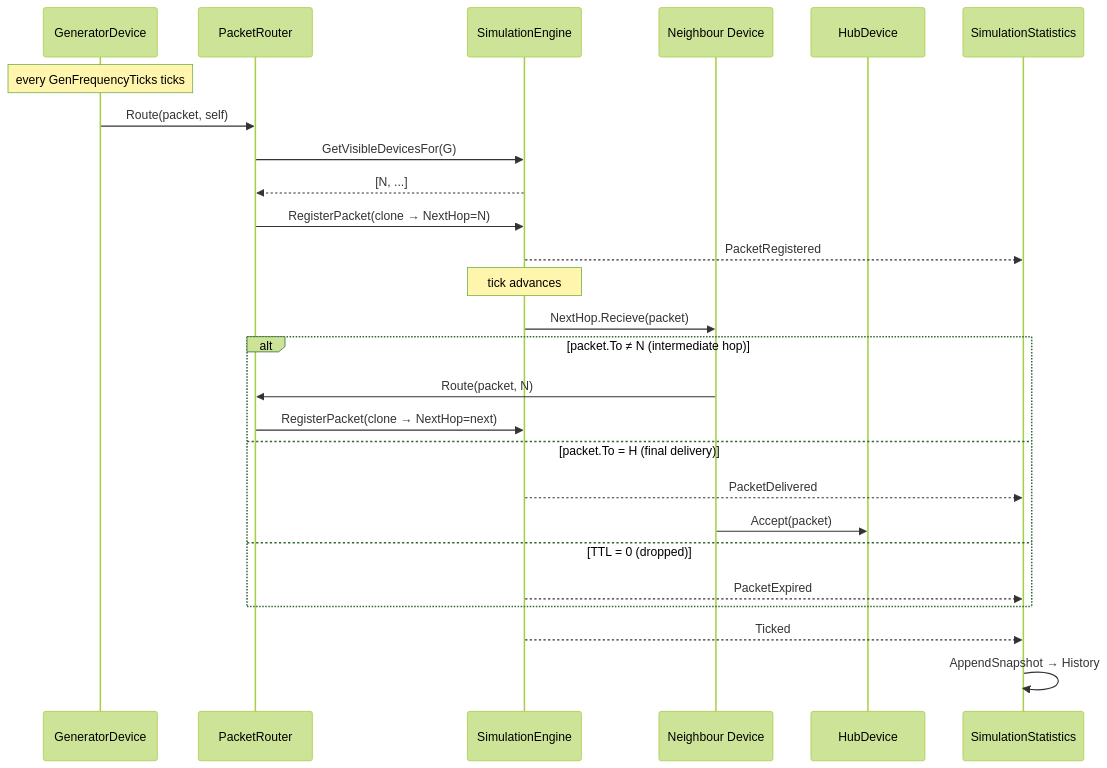
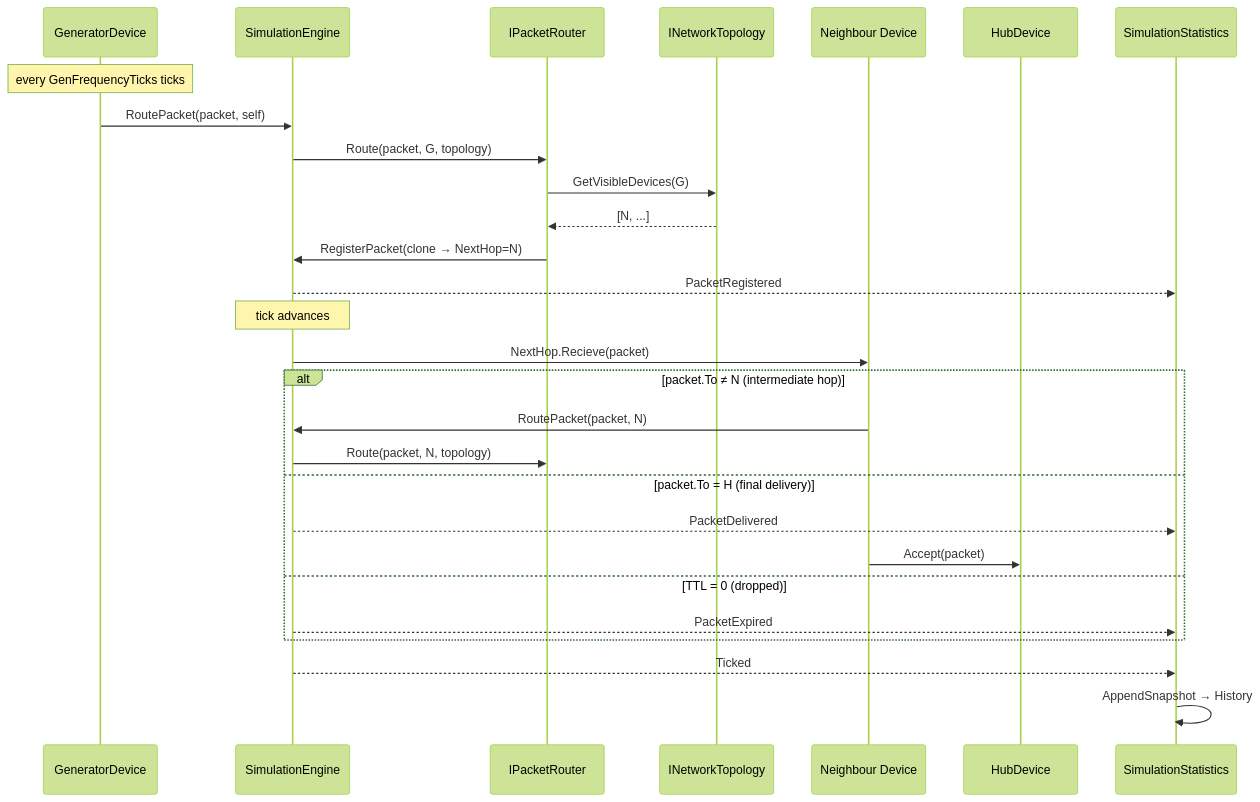
The second of 2 diagrams in SimModel/SimModel/Engine/Documentation.md (kamen4/IoT-Swarm-Mesh), drawn with Mermaid (forest theme) before and after one commit. The commit also changed other lines of this file and 10 other files, not shown here.

````diff
--- a/SimModel/SimModel/Engine/Documentation.md
+++ b/SimModel/SimModel/Engine/Documentation.md
@@ -118,29 +229,31 @@
 ```mermaid
 sequenceDiagram
     participant G as GeneratorDevice
-    participant PR as PacketRouter
     participant SE as SimulationEngine
+    participant IR as IPacketRouter
+    participant IT as INetworkTopology
     participant N as Neighbour Device
     participant H as HubDevice
     participant SS as SimulationStatistics
 
     Note over G: every GenFrequencyTicks ticks
-    G->>PR: Route(packet, self)
-    PR->>SE: GetVisibleDevicesFor(G)
-    SE-->>PR: [N, ...]
-    PR->>SE: RegisterPacket(clone → NextHop=N)
+    G->>SE: RoutePacket(packet, self)
+    SE->>IR: Route(packet, G, topology)
+    IR->>IT: GetVisibleDevices(G)
+    IT-->>IR: [N, ...]
+    IR->>SE: RegisterPacket(clone → NextHop=N)
     SE-->>SS: PacketRegistered
     Note over SE: tick advances
     SE->>N: NextHop.Recieve(packet)
     alt packet.To ≠ N  (intermediate hop)
-        N->>PR: Route(packet, N)
-        PR->>SE: RegisterPacket(clone → NextHop=next)
+        N->>SE: RoutePacket(packet, N)
+        SE->>IR: Route(packet, N, topology)
     else packet.To = H  (final delivery)
         SE-->>SS: PacketDelivered
         N->>H: Accept(packet)
     else TTL = 0  (dropped)
         SE-->>SS: PacketExpired
     end
     SE-->>SS: Ticked
     SS->>SS: AppendSnapshot → History
 ```
````
